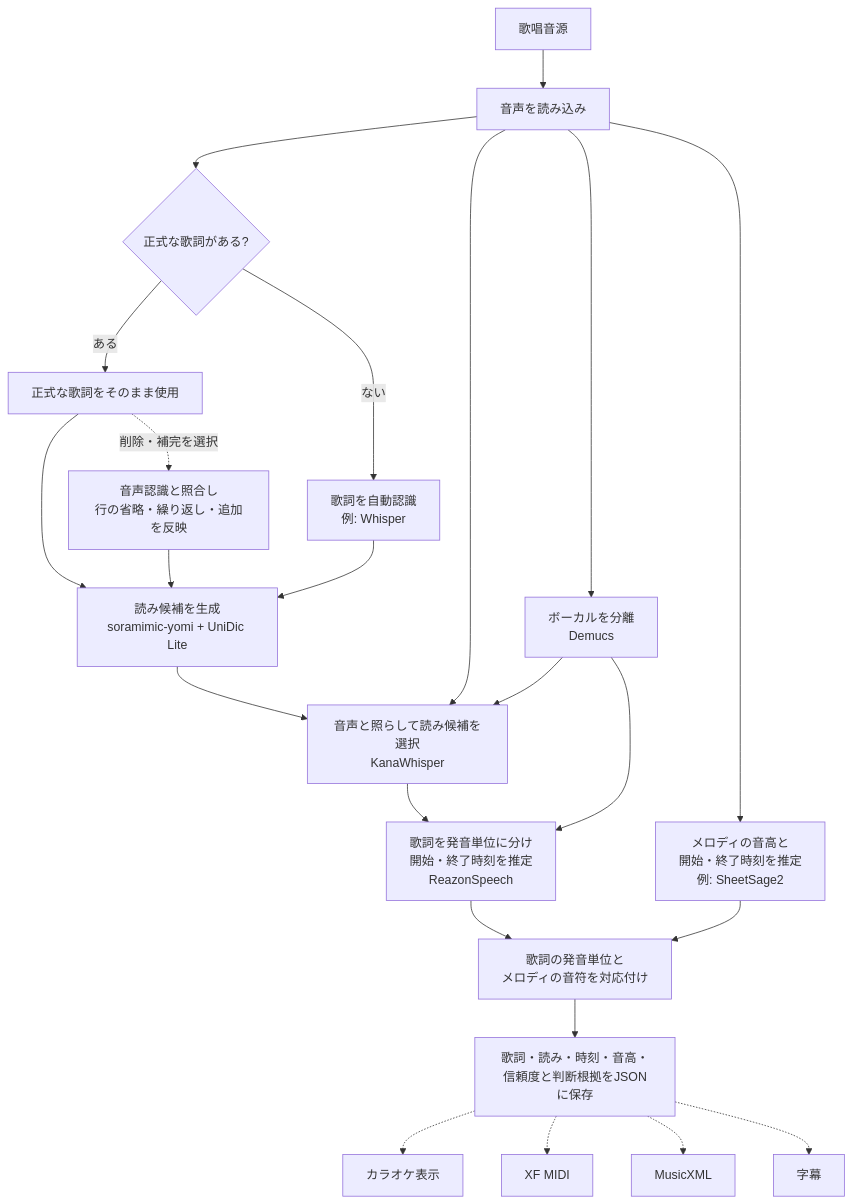
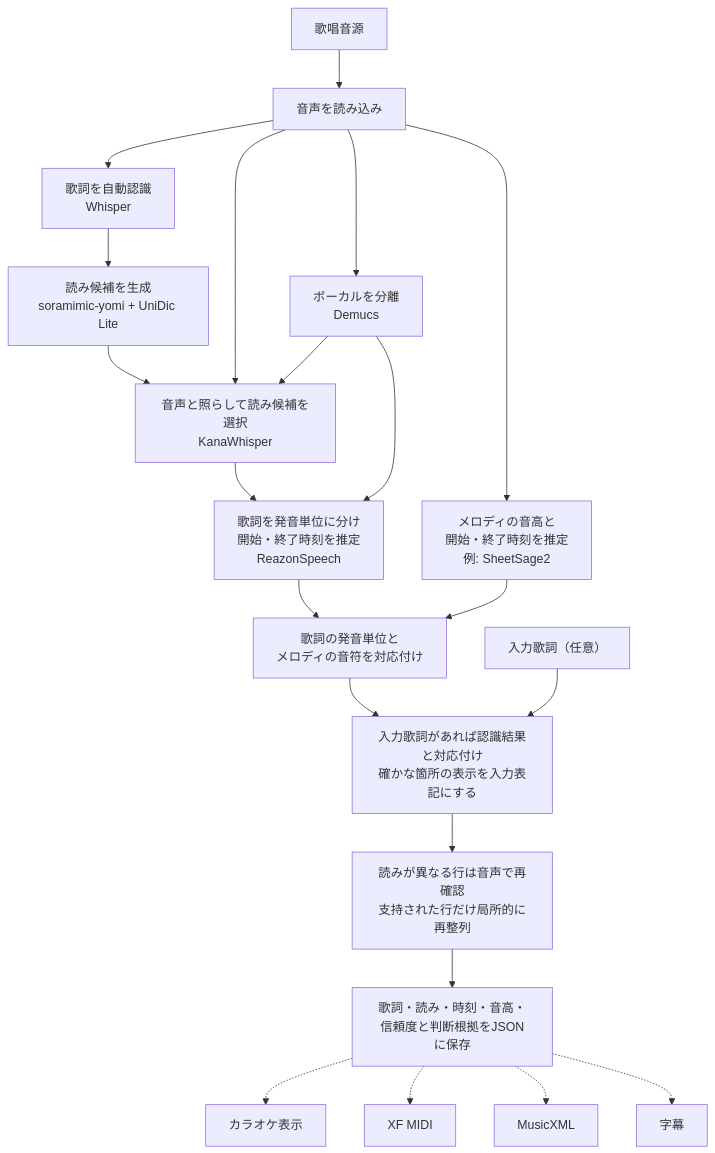
One commit to jiroshimaya/soramimic-score changed the diagram in README.md. Above: the diagram before and after it, drawn with Mermaid. The commit also changed other lines of this file and 7 other files, not shown here.

````diff
--- a/README.md
+++ b/README.md
@@ -10,28 +10,26 @@
 ```mermaid
 flowchart TD
     A["歌唱音源"] --> B["音声を読み込み"]
     B --> V["ボーカルを分離<br/>Demucs"]
-    B --> C{"正式な歌詞がある?"}
-    C -- ある --> D["正式な歌詞をそのまま使用"]
-    D -. 削除・補完を選択 .-> A1["音声認識と照合し<br/>行の省略・繰り返し・追加を反映"]
-    C -- ない --> E["歌詞を自動認識<br/>例: Whisper"]
-
-    D --> F["読み候補を生成<br/>soramimic-yomi + UniDic Lite"]
-    A1 --> F
+    B --> E["歌詞を自動認識<br/>Whisper"]
+    F["読み候補を生成<br/>soramimic-yomi + UniDic Lite"]
     E --> F
     F --> R["音声と照らして読み候補を選択<br/>KanaWhisper"]
     B --> R
     V --> R
     R --> G["歌詞を発音単位に分け<br/>開始・終了時刻を推定<br/>ReazonSpeech"]
     V --> G
 
     B --> H["メロディの音高と<br/>開始・終了時刻を推定<br/>例: SheetSage2"]
     G --> I["歌詞の発音単位と<br/>メロディの音符を対応付け"]
     H --> I
 
-    I --> J["歌詞・読み・時刻・音高・<br/>信頼度と判断根拠をJSONに保存"]
+    I --> S["入力歌詞があれば認識結果と対応付け<br/>確かな箇所の表示を入力表記にする"]
+    D["入力歌詞（任意）"] --> S
+    S --> T["読みが異なる行は音声で再確認<br/>支持された行だけ局所的に再整列"]
+    T --> J["歌詞・読み・時刻・音高・<br/>信頼度と判断根拠をJSONに保存"]
     J -.-> K["カラオケ表示"]
     J -.-> L["XF MIDI"]
     J -.-> M["MusicXML"]
     J -.-> N["字幕"]
 ```
````
